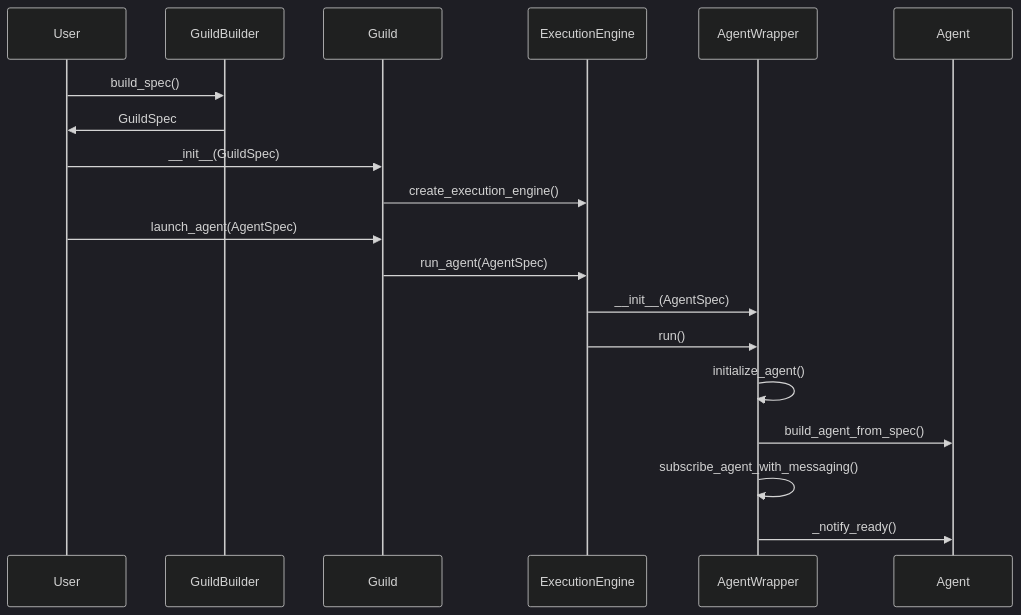
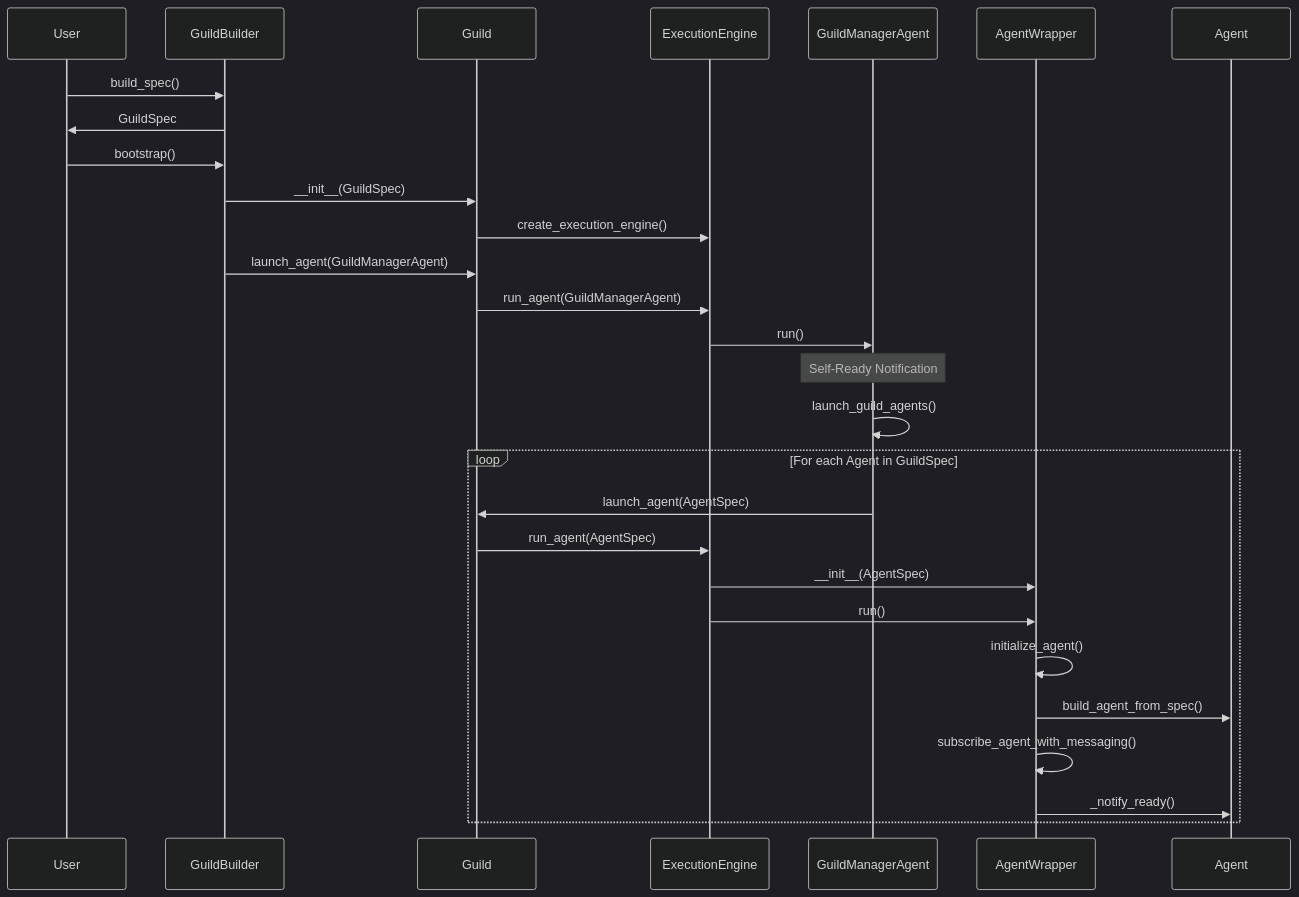
Before and after one commit to milliondreams/rustic-ai: the second of 2 diagrams in RUSTIC_AI_ORCHESTRATION.md, drawn with Mermaid (dark theme). The commit also changed other lines of this file, not shown here.

````diff
--- a/RUSTIC_AI_ORCHESTRATION.md
+++ b/RUSTIC_AI_ORCHESTRATION.md
@@ -66,23 +78,33 @@
 ```mermaid
 sequenceDiagram
     participant User
     participant GuildBuilder
     participant Guild
     participant ExecutionEngine
+    participant GuildManagerAgent
     participant AgentWrapper
     participant Agent
 
     User->>GuildBuilder: build_spec()
     GuildBuilder->>User: GuildSpec
-    User->>Guild: __init__(GuildSpec)
+    User->>GuildBuilder: bootstrap()
+    GuildBuilder->>Guild: __init__(GuildSpec)
     Guild->>ExecutionEngine: create_execution_engine()
+    GuildBuilder->>Guild: launch_agent(GuildManagerAgent)
+    Guild->>ExecutionEngine: run_agent(GuildManagerAgent)
+    ExecutionEngine->>GuildManagerAgent: run()
 
-    User->>Guild: launch_agent(AgentSpec)
-    Guild->>ExecutionEngine: run_agent(AgentSpec)
-    ExecutionEngine->>AgentWrapper: __init__(AgentSpec)
-    ExecutionEngine->>AgentWrapper: run()
-    AgentWrapper->>AgentWrapper: initialize_agent()
-    AgentWrapper->>Agent: build_agent_from_spec()
-    AgentWrapper->>AgentWrapper: subscribe_agent_with_messaging()
-    AgentWrapper->>Agent: _notify_ready()
+    Note over GuildManagerAgent: Self-Ready Notification
+
+    GuildManagerAgent->>GuildManagerAgent: launch_guild_agents()
+    loop For each Agent in GuildSpec
+        GuildManagerAgent->>Guild: launch_agent(AgentSpec)
+        Guild->>ExecutionEngine: run_agent(AgentSpec)
+        ExecutionEngine->>AgentWrapper: __init__(AgentSpec)
+        ExecutionEngine->>AgentWrapper: run()
+        AgentWrapper->>AgentWrapper: initialize_agent()
+        AgentWrapper->>Agent: build_agent_from_spec()
+        AgentWrapper->>AgentWrapper: subscribe_agent_with_messaging()
+        AgentWrapper->>Agent: _notify_ready()
+    end
 ```
````
